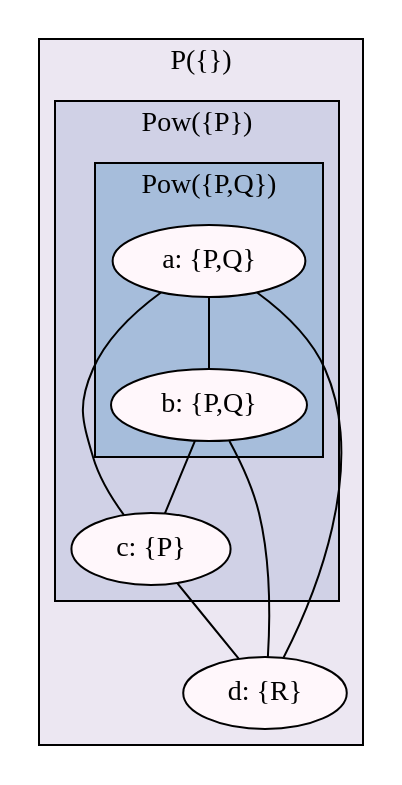
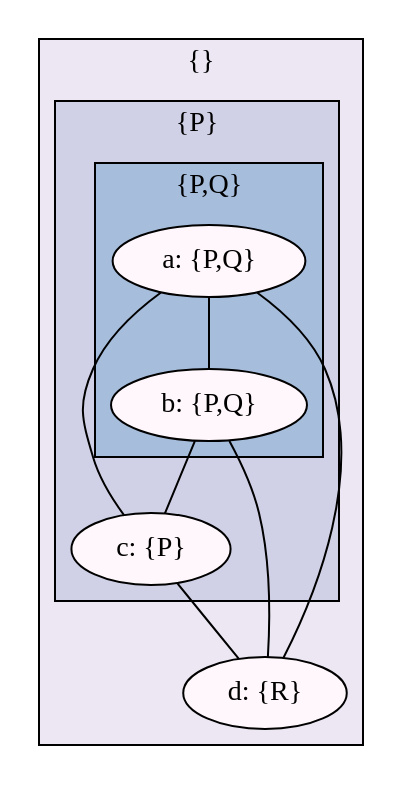
The diagram in Article/indiscernibility_example.dot (wouterbeek/IOTW), drawn with Graphviz before and after one commit. The commit also changed 3 other files, not shown here.

```diff
--- a/Article/indiscernibility_example.dot
+++ b/Article/indiscernibility_example.dot
@@ -1,43 +1,43 @@
 graph indiscernibility_example {
   node [color="black", fillcolor="/pubu9/1", style="filled"];
   //edge [style="invis"];
   
   subgraph cluster_abcd {
     color="black";
     fillcolor="/pubu9/2";
-    label = "P({})"; //{{}}
+    label = "{}"; //{{}}
     style="filled";
     
     subgraph cluster_abc {
       color="black";
       fillcolor="/pubu9/3";
-      label = "Pow({P})"; //{{},{P}}
+      label = "{P}"; //{{},{P}}
       style="filled";
       
       subgraph cluster_ab {
         color="black";
         fillcolor="/pubu9/4";
-        label = "Pow({P,Q})"; //{{},{P},{Q},{P,Q}}
+        label = "{P,Q}"; //{{},{P},{Q},{P,Q}}
         style="filled";
         node_a [label="a: {P,Q}"];
         node_b [label="b: {P,Q}"];
         node_a -- node_b;
       }
       
       node_c [label="c: {P}"];
       node_a -- node_c;
       node_b -- node_c;
     }
     
     node_d [label="d: {R}"];
     
     node_a -- node_d;
     node_b -- node_d;
     node_c -- node_d;
   }
   
   charset="UTF-8"
   fontsize="11.0"
   //label="Example showing an indiscernability partition for pairs of constances."
   overlap="false"
 }
```
